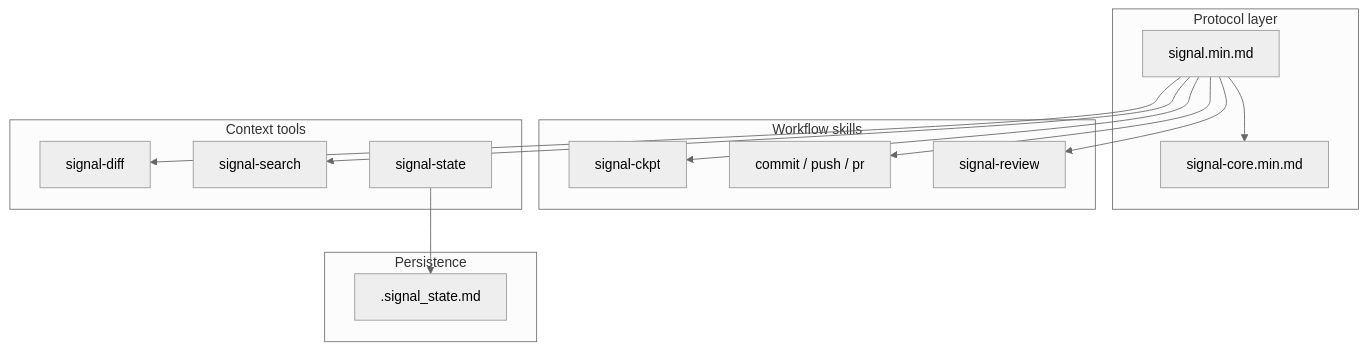
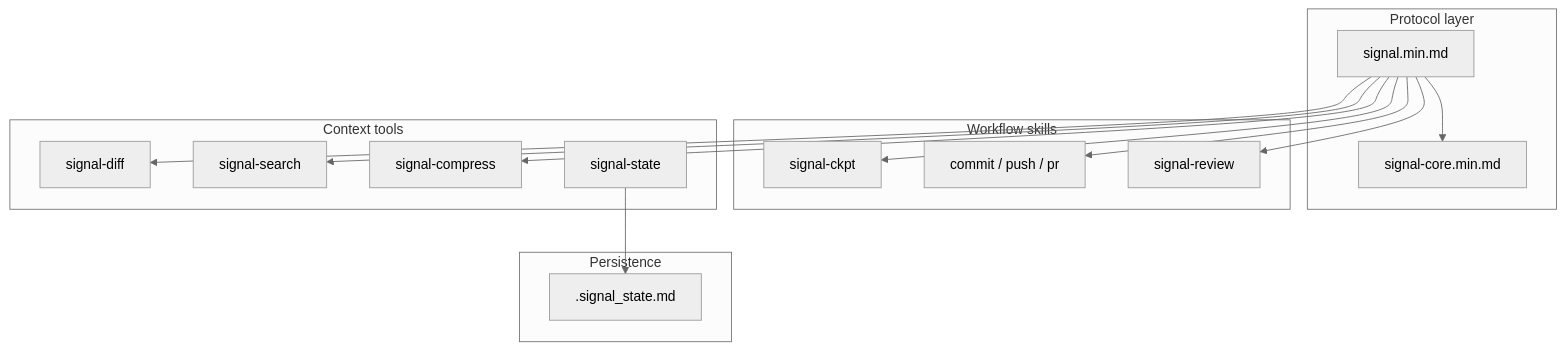
Before and after one commit to mattbaconz/signal: the second of 3 diagrams in README.md, drawn with Mermaid (neutral theme). The commit also changed other lines of this file and 127 other files, not shown here.

````diff
--- a/README.md
+++ b/README.md
@@ -286,27 +366,29 @@
 ```mermaid
 flowchart TB
   subgraph protocol [Protocol layer]
     P["signal.min.md"]
     CORE["signal-core.min.md"]
   end
   subgraph workflow [Workflow skills]
     CKPT["signal-ckpt"]
     GIT["commit / push / pr"]
     REV["signal-review"]
   end
   subgraph context [Context tools]
     DIFF["signal-diff"]
     SRCH["signal-search"]
+    CMP["signal-compress"]
     ST["signal-state"]
   end
   subgraph persist [Persistence]
     STATE[".signal_state.md"]
   end
   P --> CORE
   P --> CKPT
   P --> GIT
   P --> REV
   P --> DIFF
   P --> SRCH
+  P --> CMP
   ST --> STATE
 ```
````
